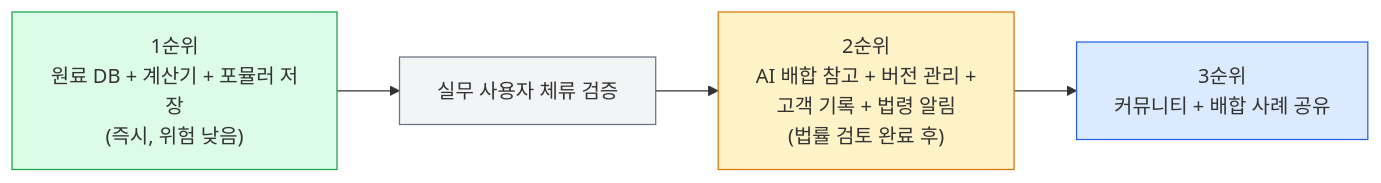
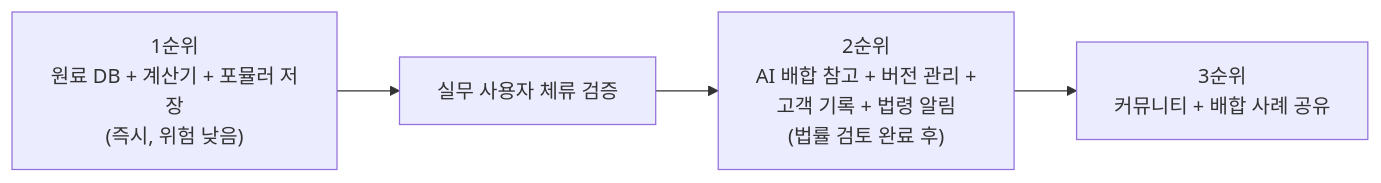
One commit to skygoldlee-cyber/Personalized_Skincare changed the tenth of 10 diagrams in docs/dev/PASS_TO_PRACTICE_STRATEGY.md. Above: the diagram before and after it, drawn with Mermaid. The commit also changed other lines of this file and 1 other file, not shown here.

First line of the commit message:
docs: Mermaid 다크모드 대비 문제 해결 — style 지시자 제거

````diff
--- a/docs/dev/PASS_TO_PRACTICE_STRATEGY.md
+++ b/docs/dev/PASS_TO_PRACTICE_STRATEGY.md
@@ -1024,11 +1003,7 @@
 ```mermaid
 flowchart LR
     P1["1순위<br/>원료 DB + 계산기 + 포뮬러 저장<br/>(즉시, 위험 낮음)"] --> V["실무 사용자 체류 검증"]
     V --> P2["2순위<br/>AI 배합 참고 + 버전 관리 +<br/>고객 기록 + 법령 알림<br/>(법률 검토 완료 후)"]
     P2 --> P3["3순위<br/>커뮤니티 + 배합 사례 공유"]
 
-    style P1 fill:#dcfce7,stroke:#16a34a
-    style P2 fill:#fef3c7,stroke:#d97706
-    style P3 fill:#dbeafe,stroke:#2563eb
-    style V fill:#f3f4f6,stroke:#6b7280
 ```
````
